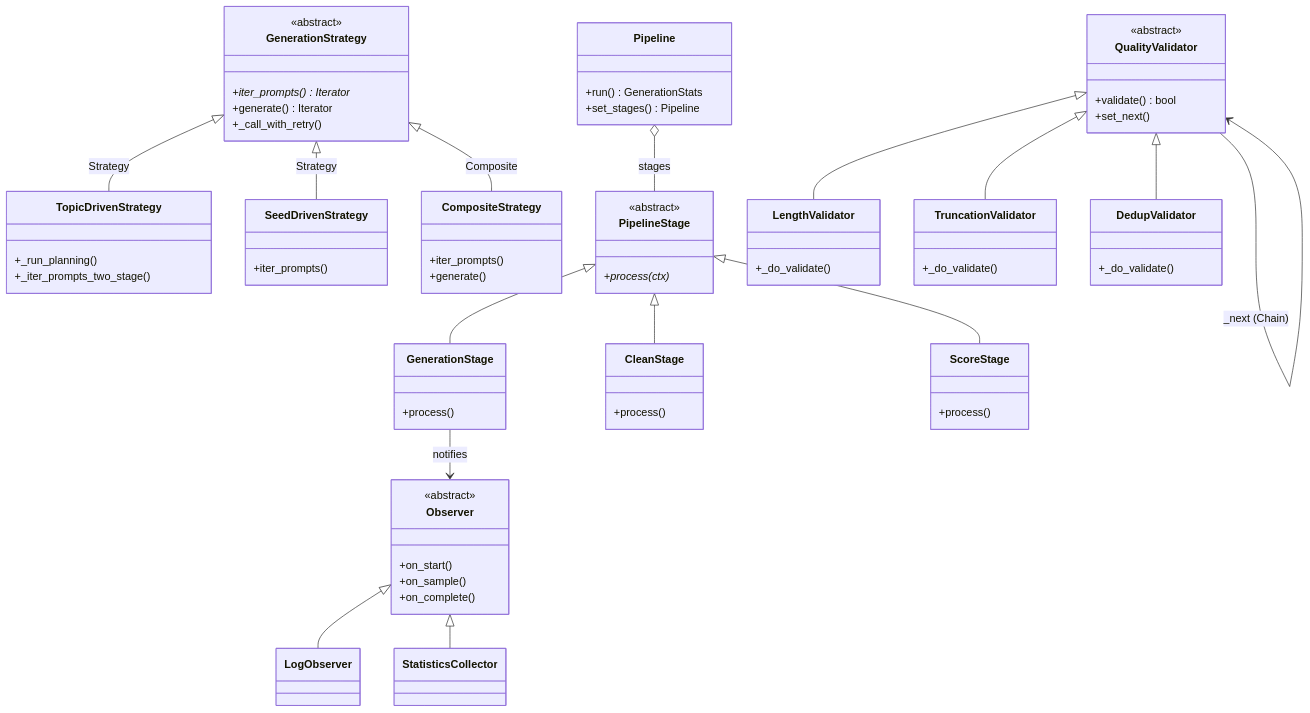
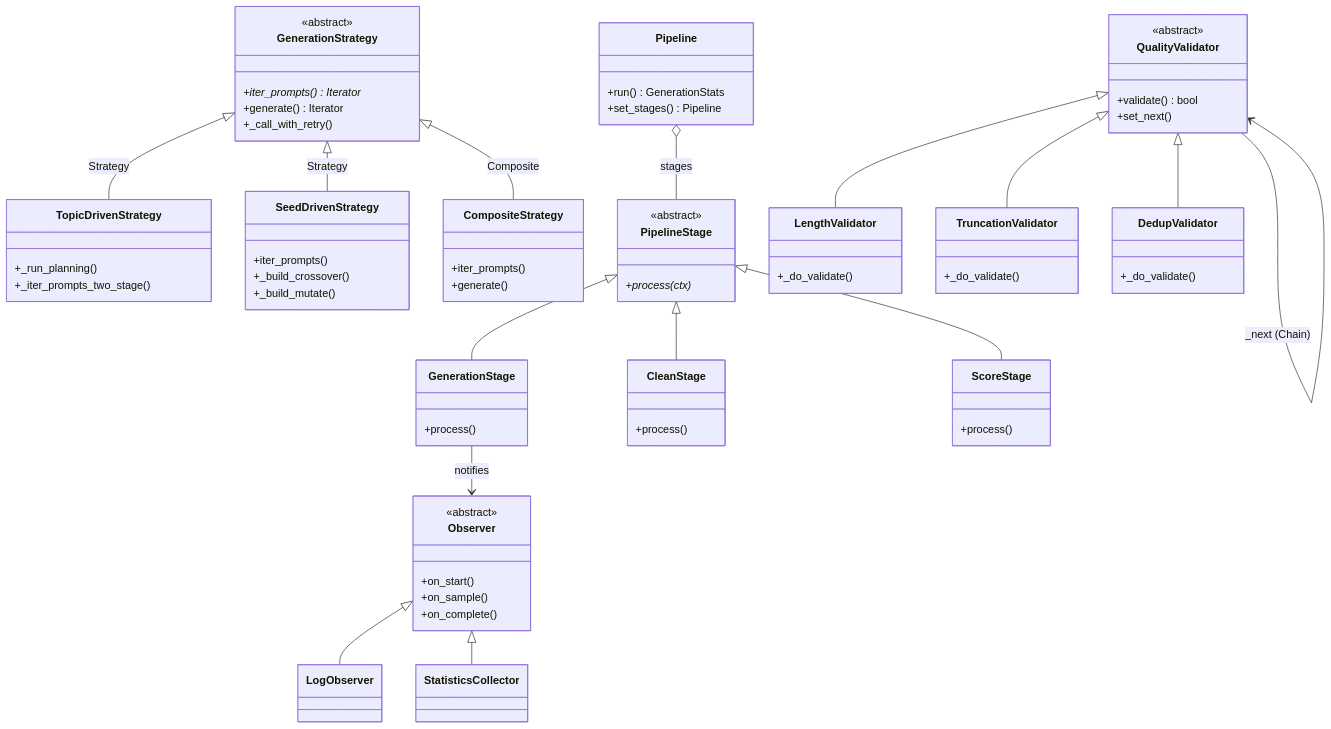
One commit to L111M1/Alembic changed the second of 3 diagrams in docs/architecture.md. Above: the diagram before and after it, drawn with Mermaid. The commit also changed other lines of this file and 10 other files, not shown here.

First line of the commit message:
feat: add crossover/mutate evolution operators to seed_driven strategy

```diff
--- a/docs/architecture.md
+++ b/docs/architecture.md
@@ -105,6 +105,8 @@
     }
     class SeedDrivenStrategy {
         +iter_prompts()
+        +_build_crossover()
+        +_build_mutate()
     }
     class CompositeStrategy {
         +iter_prompts()
```
